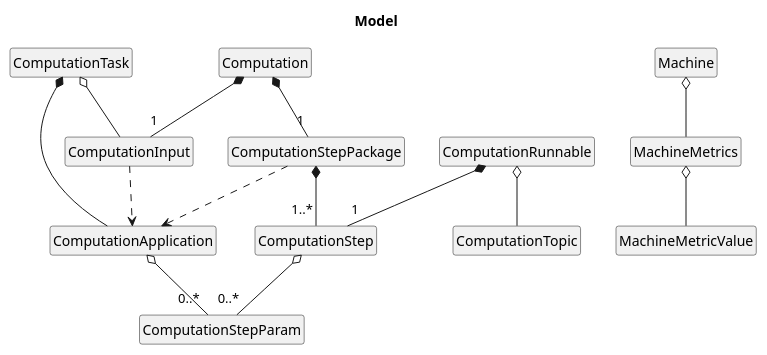
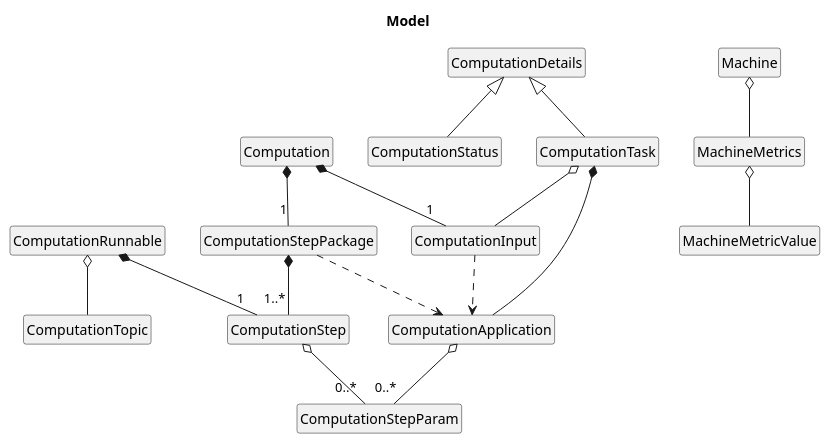
One commit to Plan-B-PO/docs changed the diagram in model/entities.puml. Above: the diagram before and after it, drawn with PlantUML.

Commit message:
Update model diagram

```diff
--- a/model/entities.puml
+++ b/model/entities.puml
@@ -1,34 +1,38 @@
 @startuml
     title Model
 
     hide class circle
     hide class fields
     hide class methods
 
     class ComputationTask
     class ComputationApplication
     class ComputationInput
     class ComputationStep
     class ComputationStepPackage
     class ComputationStepParam
     class ComputationRunnable
     class ComputationTopic
     class Computation
+    class ComputationStatus
+    class ComputationDetails
     class Machine
     class MachineMetrics
     class MachineMetricValue
 
+    ComputationDetails <|-- ComputationTask
+    ComputationDetails <|-- ComputationStatus
     ComputationTask *-- ComputationApplication
     ComputationTask o-- ComputationInput
     ComputationApplication o-- "0..*" ComputationStepParam
     ComputationInput ..> ComputationApplication
     ComputationStepPackage *-- "1..*" ComputationStep
     ComputationStepPackage ..> ComputationApplication
     ComputationStep o-- "0..*" ComputationStepParam
     ComputationRunnable *-- "1" ComputationStep
     ComputationRunnable o-- ComputationTopic
     Computation *-- "1"ComputationStepPackage
     Computation *-- "1" ComputationInput
     Machine o-- MachineMetrics
     MachineMetrics o-- MachineMetricValue
 @enduml
```
